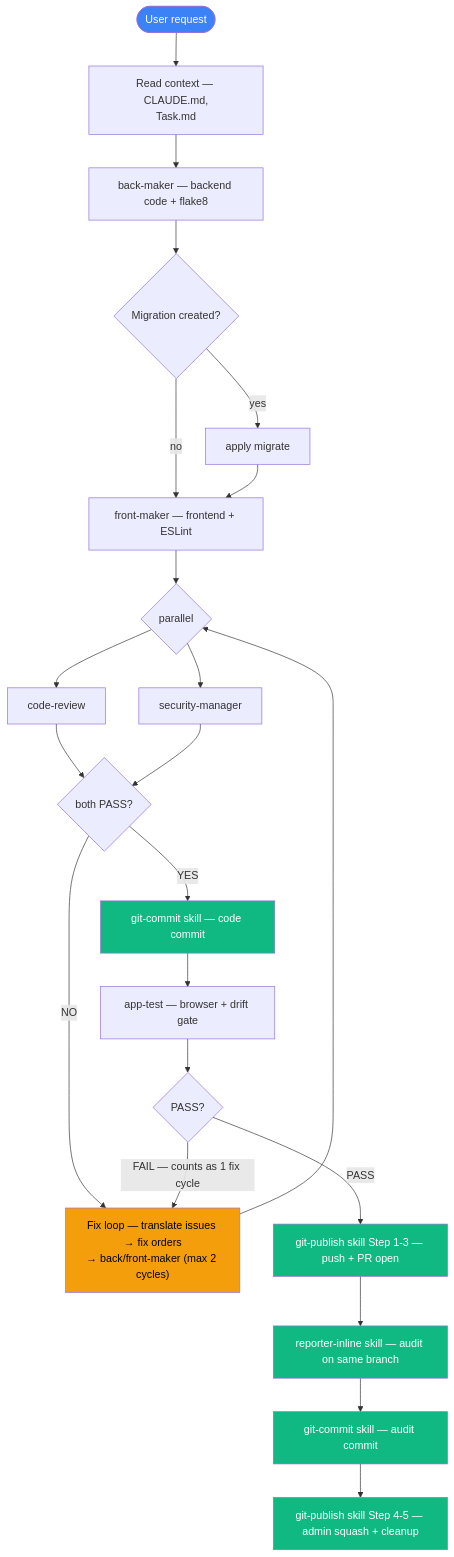
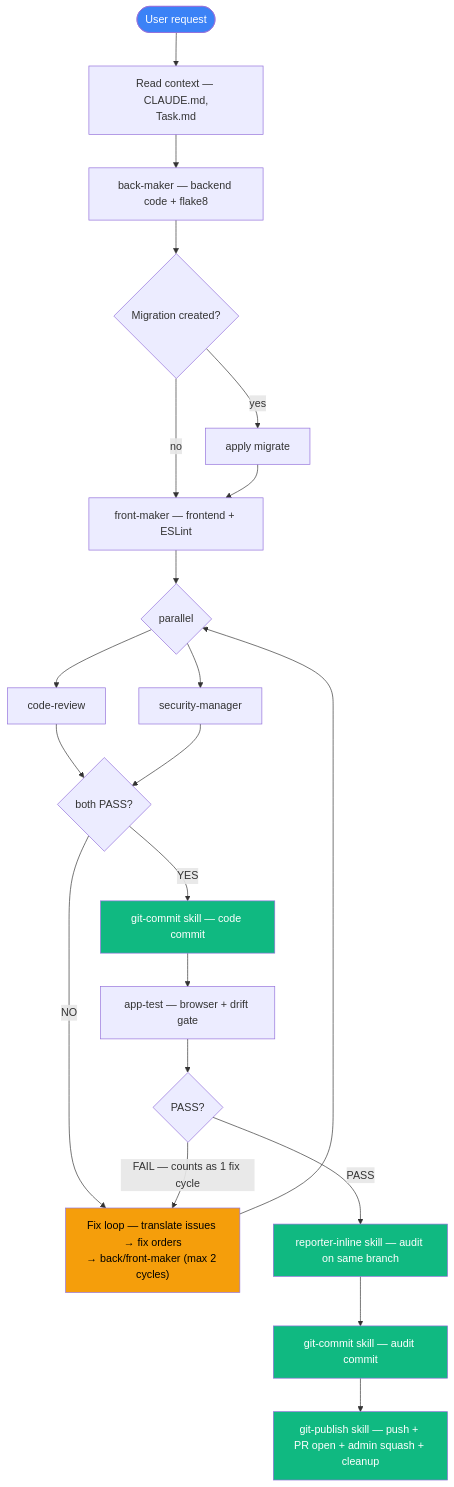
One commit to hongikarchi/archi-tinder changed the second of 2 diagrams in .claude/WORKFLOW.md. Above: the diagram before and after it, drawn with Mermaid. The commit also changed other lines of this file and 278 other files, not shown here.

````diff
--- a/.claude/WORKFLOW.md
+++ b/.claude/WORKFLOW.md
@@ -83,32 +84,30 @@
 ```mermaid
 flowchart TD
     Start([User request]) --> Ctx[Read context — CLAUDE.md,<br/>Task.md]
     Ctx --> BM[back-maker — backend code + flake8]
     BM --> Mig{Migration created?}
     Mig -->|yes| Migrate[apply migrate]
     Mig -->|no| FM
     Migrate --> FM[front-maker — frontend + ESLint]
     FM --> Par{parallel}
     Par --> RV[code-review]
     Par --> SC[security-manager]
     RV --> Dec{both PASS?}
     SC --> Dec
     Dec -->|NO| FL["Fix loop — translate issues → fix orders<br/>→ back/front-maker (max 2 cycles)"]
     FL --> Par
     Dec -->|YES| GC["git-commit skill — code commit"]
     GC --> AT[app-test — browser + drift gate]
     AT --> ATv{PASS?}
     ATv -->|FAIL — counts as 1 fix cycle| FL
-    ATv -->|PASS| PG["git-publish skill Step 1-3 — push + PR open"]
-    PG --> RIn["reporter-inline skill — audit on same branch"]
+    ATv -->|PASS| RIn["reporter-inline skill — audit on same branch"]
     RIn --> GC2["git-commit skill — audit commit"]
-    GC2 --> PG4["git-publish skill Step 4-5 — admin squash + cleanup"]
+    GC2 --> PG["git-publish skill — push + PR open + admin squash + cleanup"]
 
     style Start fill:#3b82f6,color:#fff
     style FL fill:#f59e0b,color:#000
     style RIn fill:#10b981,color:#fff
     style GC fill:#10b981,color:#fff
     style GC2 fill:#10b981,color:#fff
     style PG fill:#10b981,color:#fff
-    style PG4 fill:#10b981,color:#fff
 ```
````
